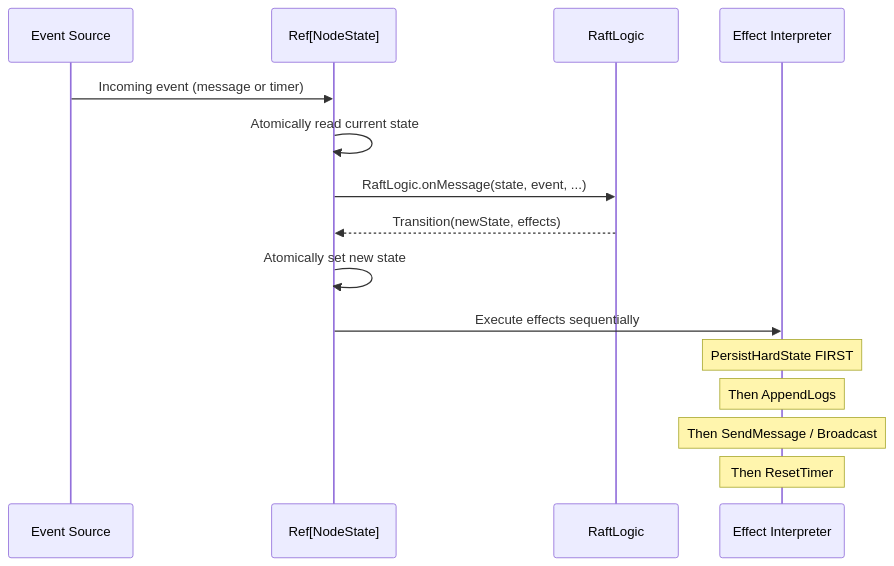
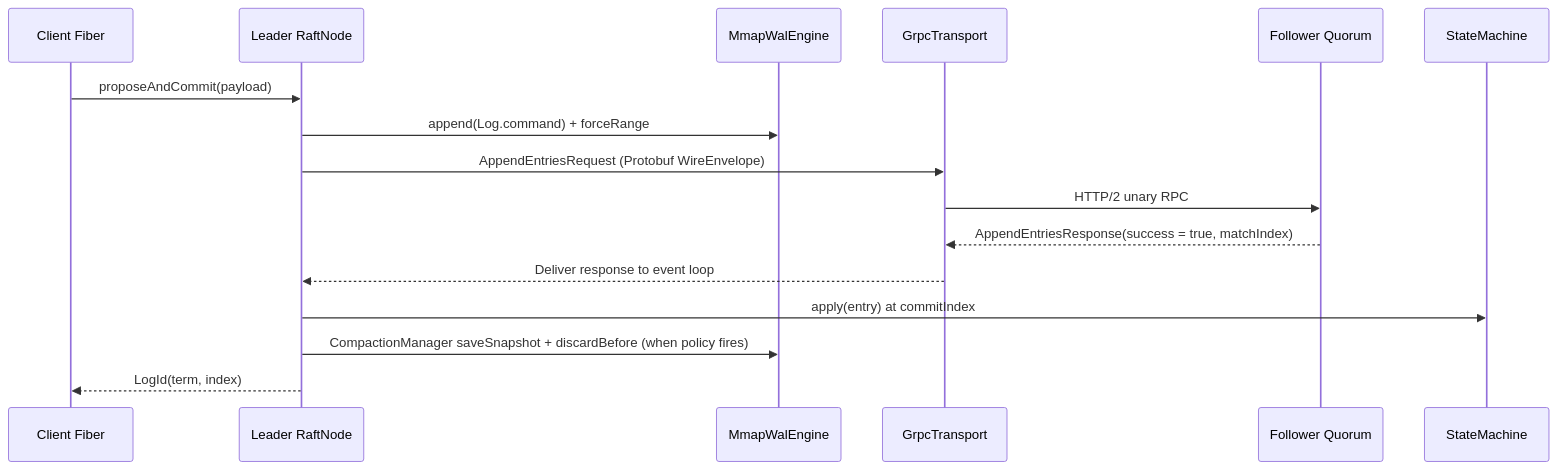
One commit to bmscomp/raft changed the second of 3 diagrams in docs/book/18-end-to-end-integration.md. Above: the diagram before and after it, drawn with Mermaid. The commit also changed other lines of this file and 20 other files, not shown here.

````diff
--- a/docs/book/18-end-to-end-integration.md
+++ b/docs/book/18-end-to-end-integration.md
@@ -101,19 +151,19 @@
 ```mermaid
 sequenceDiagram
-    participant S as Event Source
-    participant R as Ref[NodeState]
-    participant L as RaftLogic
-    participant E as Effect Interpreter
+    participant C as Client Fiber
+    participant RN as Leader RaftNode
+    participant WAL as MmapWalEngine
+    participant GRPC as GrpcTransport
+    participant F as Follower Quorum
+    participant SM as StateMachine
 
-    S->>R: Incoming event (message or timer)
-    R->>R: Atomically read current state
-    R->>L: RaftLogic.onMessage(state, event, ...)
-    L-->>R: Transition(newState, effects)
-    R->>R: Atomically set new state
-    R->>E: Execute effects sequentially
-
-    Note over E: PersistHardState FIRST
-    Note over E: Then AppendLogs
-    Note over E: Then SendMessage / Broadcast
-    Note over E: Then ResetTimer
+    C->>RN: proposeAndCommit(payload)
+    RN->>WAL: append(Log.command) + forceRange
+    RN->>GRPC: AppendEntriesRequest (Protobuf WireEnvelope)
+    GRPC->>F: HTTP/2 unary RPC
+    F-->>GRPC: AppendEntriesResponse(success = true, matchIndex)
+    GRPC-->>RN: Deliver response to event loop
+    RN->>SM: apply(entry) at commitIndex
+    RN->>WAL: CompactionManager saveSnapshot + discardBefore (when policy fires)
+    RN-->>C: LogId(term, index)
 ```
````
